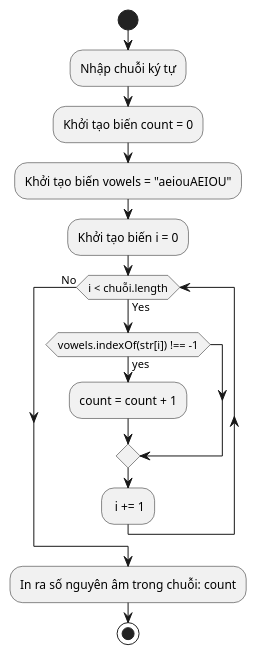
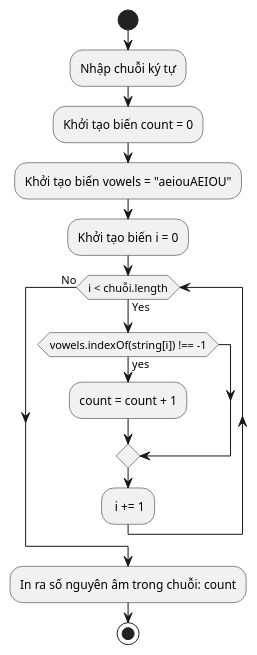
The diagram in e8/8a.puml (manhcuongno3/SET-619), drawn with PlantUML before and after one commit. The commit also changed 13 other files, not shown here.

```diff
--- a/e8/8a.puml
+++ b/e8/8a.puml
@@ -1,15 +1,15 @@
 @startuml 8a
 start
 :Nhập chuỗi ký tự;
 :Khởi tạo biến count = 0;
 :Khởi tạo biến vowels = "aeiouAEIOU";
 :Khởi tạo biến i = 0;
 while (i < chuỗi.length) is (Yes)
-    if (vowels.indexOf(str[i]) !== -1) then (yes)
+    if (vowels.indexOf(string[i]) !== -1) then (yes)
         :count = count + 1;
     endif
     : i += 1;
 endwhile (No)
 :In ra số nguyên âm trong chuỗi: count;
 stop
 @enduml
```
